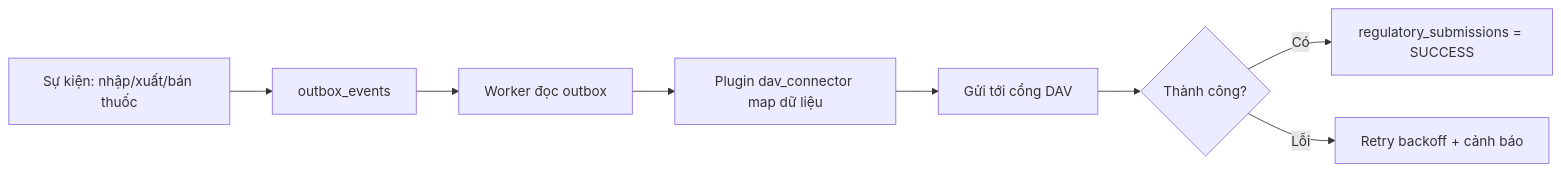
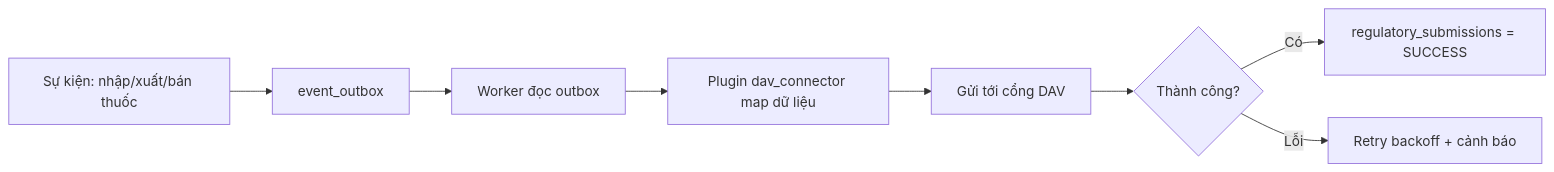
One commit to beradillc/ai-pharmacy-os changed the seventh of 8 diagrams in docs/06_WORKFLOWS.md. Above: the diagram before and after it, drawn with Mermaid. The commit also changed 29 other files, not shown here.

````diff
--- a/docs/06_WORKFLOWS.md
+++ b/docs/06_WORKFLOWS.md
@@ -139,10 +139,10 @@
 ```mermaid
 flowchart LR
-    A[Sự kiện: nhập/xuất/bán thuốc] --> B[outbox_events]
+    A[Sự kiện: nhập/xuất/bán thuốc] --> B[event_outbox]
     B --> C[Worker đọc outbox]
     C --> D[Plugin dav_connector map dữ liệu]
     D --> E[Gửi tới cổng DAV]
     E --> F{Thành công?}
     F -- Có --> G[regulatory_submissions = SUCCESS]
     F -- Lỗi --> H[Retry backoff + cảnh báo]
 ```
````
